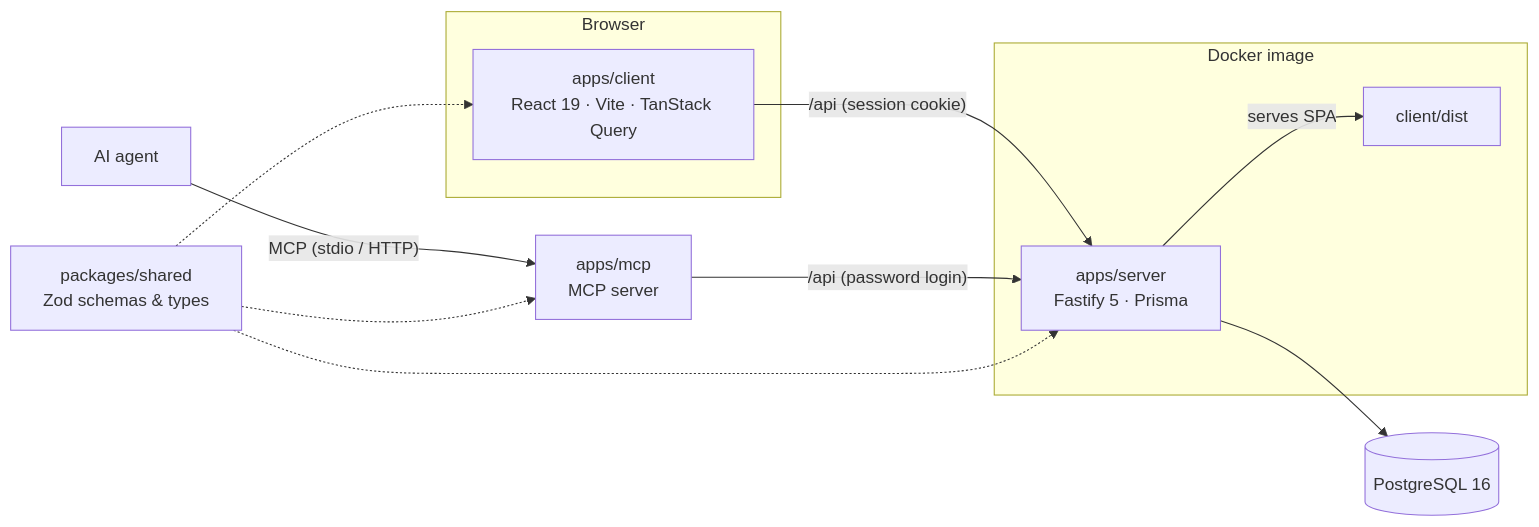
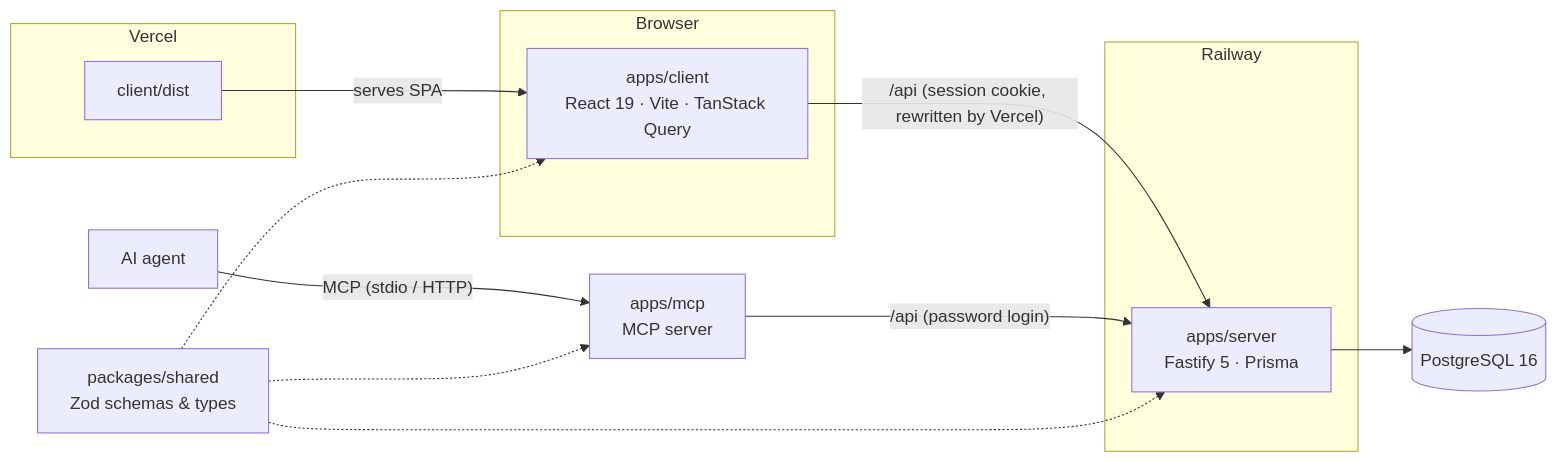
One commit to RayHCai/todo changed the diagram in README.md. Above: the diagram before and after it, drawn with Mermaid. The commit also changed 3 other files, not shown here.

First line of the commit message:
build: deploy client to vercel and serve api only from railway

````diff
--- a/README.md
+++ b/README.md
@@ -5,22 +5,25 @@
 ```mermaid
 flowchart LR
   subgraph browser["Browser"]
     client["apps/client<br/>React 19 · Vite · TanStack Query"]
   end
 
   agent["AI agent"] -- "MCP (stdio / HTTP)" --> mcp["apps/mcp<br/>MCP server"]
 
-  subgraph monolith["Docker image"]
-    server["apps/server<br/>Fastify 5 · Prisma"]
+  subgraph vercel["Vercel"]
     static["client/dist"]
   end
 
-  client -- "/api (session cookie)" --> server
-  server -- "serves SPA" --> static
+  subgraph railway["Railway"]
+    server["apps/server<br/>Fastify 5 · Prisma"]
+  end
+
+  static -- "serves SPA" --> client
+  client -- "/api (session cookie, rewritten by Vercel)" --> server
   mcp -- "/api (password login)" --> server
   server --> db[("PostgreSQL 16")]
 
   shared["packages/shared<br/>Zod schemas & types"] -.-> client
   shared -.-> server
   shared -.-> mcp
 ```
````
